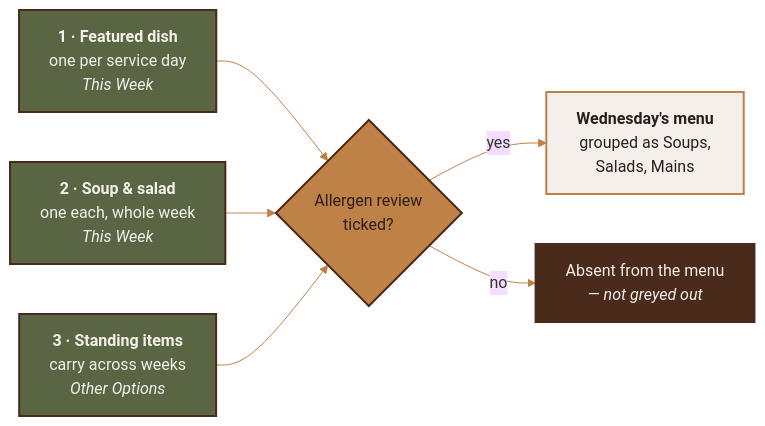
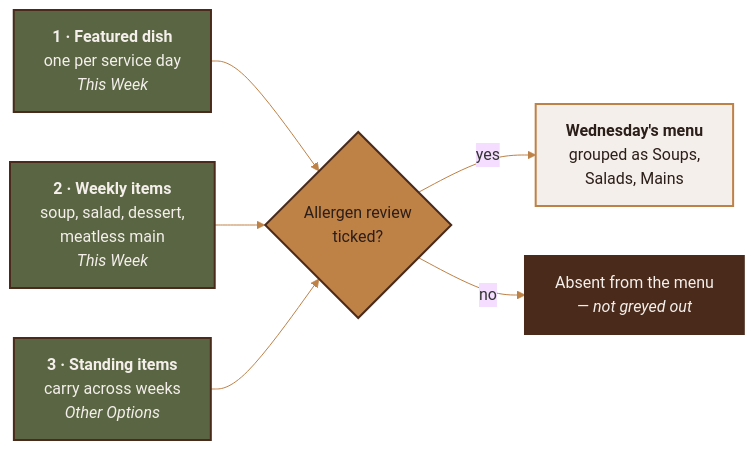
One commit to A-Theme/dinner-by-derek changed the first of 2 diagrams in README.md. Above: the diagram before and after it, drawn with Mermaid. The commit also changed other lines of this file and 14 other files, not shown here.

````diff
--- a/README.md
+++ b/README.md
@@ -162,25 +162,25 @@
 ```mermaid
 %%{init: {'theme':'base','themeVariables':{'fontFamily':'Georgia, serif','lineColor':'#BE8146'}}}%%
 flowchart LR
   L1["<b>1 · Featured dish</b><br/>one per service day<br/><i>This Week</i>"]
-  L2["<b>2 · Soup &amp; salad</b><br/>one each, whole week<br/><i>This Week</i>"]
+  L2["<b>2 · Weekly items</b><br/>soup, salad, dessert,<br/>meatless main<br/><i>This Week</i>"]
   L3["<b>3 · Standing items</b><br/>carry across weeks<br/><i>Other Options</i>"]
   GATE{"Allergen review<br/>ticked?"}
   DAY["<b>Wednesday's menu</b><br/>grouped as Soups,<br/>Salads, Mains"]
   GONE["Absent from the menu<br/><i>— not greyed out</i>"]
 
   L1 --> GATE
   L2 --> GATE
   L3 --> GATE
   GATE -- yes --> DAY
   GATE -- no --> GONE
 
   classDef lvl fill:#5A6643,stroke:#4A2A1A,stroke-width:2px,color:#F4EFEB
   classDef gate fill:#BE8146,stroke:#4A2A1A,stroke-width:2px,color:#2C1E18
   classDef out fill:#F4EFEB,stroke:#BE8146,stroke-width:2px,color:#2C1E18
   classDef gone fill:#4A2A1A,stroke:#4A2A1A,stroke-width:2px,color:#F4EFEB
   class L1,L2,L3 lvl
   class GATE gate
   class DAY out
   class GONE gone
 ```
````
